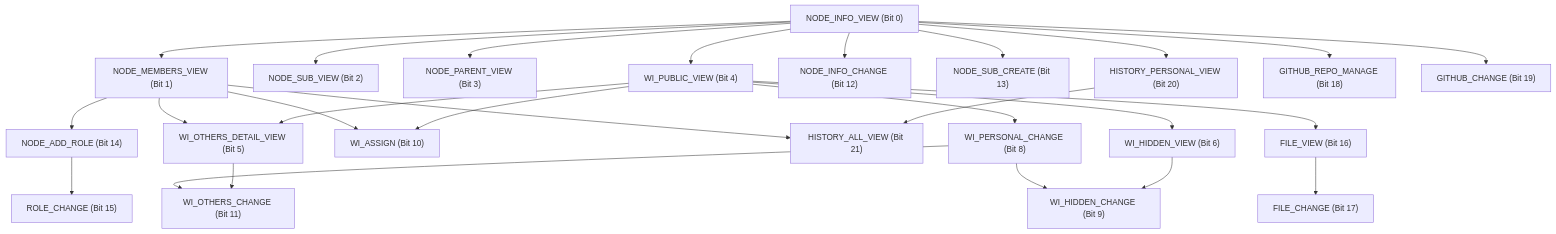
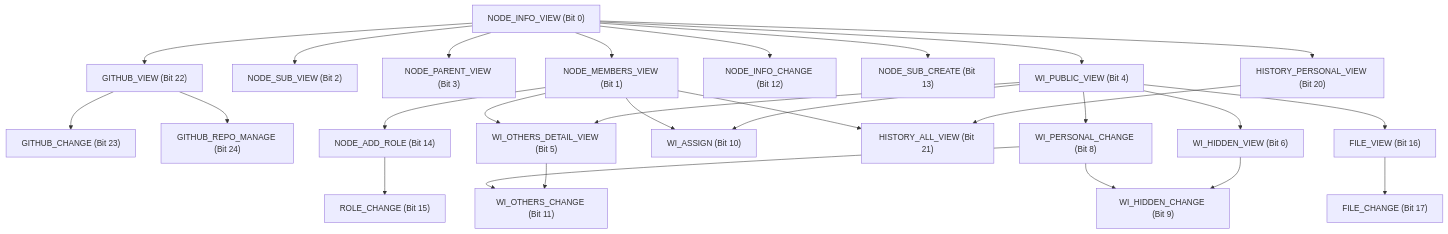
Before and after one commit to junjunshim/Graduation-Project: the diagram in docs/AUTHORITY_GUIDE.md, drawn with Mermaid. The commit also changed other lines of this file and 25 other files, not shown here.

````diff
--- a/docs/AUTHORITY_GUIDE.md
+++ b/docs/AUTHORITY_GUIDE.md
@@ -77,33 +89,34 @@
 ```mermaid
 graph TD
     Bit0["NODE_INFO_VIEW (Bit 0)"] --> Bit1["NODE_MEMBERS_VIEW (Bit 1)"]
     Bit0 --> Bit2["NODE_SUB_VIEW (Bit 2)"]
     Bit0 --> Bit3["NODE_PARENT_VIEW (Bit 3)"]
     Bit0 --> Bit4["WI_PUBLIC_VIEW (Bit 4)"]
     Bit0 --> Bit12["NODE_INFO_CHANGE (Bit 12)"]
     Bit0 --> Bit13["NODE_SUB_CREATE (Bit 13)"]
     Bit0 --> Bit20["HISTORY_PERSONAL_VIEW (Bit 20)"]
-    Bit0 --> Bit18["GITHUB_REPO_MANAGE (Bit 18)"]
-    Bit0 --> Bit19["GITHUB_CHANGE (Bit 19)"]
+    Bit0 --> Bit22["GITHUB_VIEW (Bit 22)"]
+    Bit22 --> Bit23["GITHUB_CHANGE (Bit 23)"]
+    Bit22 --> Bit24["GITHUB_REPO_MANAGE (Bit 24)"]
 
     Bit1 --> Bit14["NODE_ADD_ROLE (Bit 14)"]
     Bit14 --> Bit15["ROLE_CHANGE (Bit 15)"]
     Bit1 --> Bit5["WI_OTHERS_DETAIL_VIEW (Bit 5)"]
     Bit1 --> Bit10["WI_ASSIGN (Bit 10)"]
     Bit1 --> Bit21["HISTORY_ALL_VIEW (Bit 21)"]
 
     Bit4 --> Bit5
     Bit4 --> Bit6["WI_HIDDEN_VIEW (Bit 6)"]
     Bit4 --> Bit8["WI_PERSONAL_CHANGE (Bit 8)"]
     Bit4 --> Bit10
     Bit4 --> Bit16["FILE_VIEW (Bit 16)"]
 
     Bit8 --> Bit9["WI_HIDDEN_CHANGE (Bit 9)"]
     Bit6 --> Bit9
     Bit8 --> Bit11["WI_OTHERS_CHANGE (Bit 11)"]
     Bit5 --> Bit11
 
     Bit16 --> Bit17["FILE_CHANGE (Bit 17)"]
 
     Bit20 --> Bit21
 ```
````
